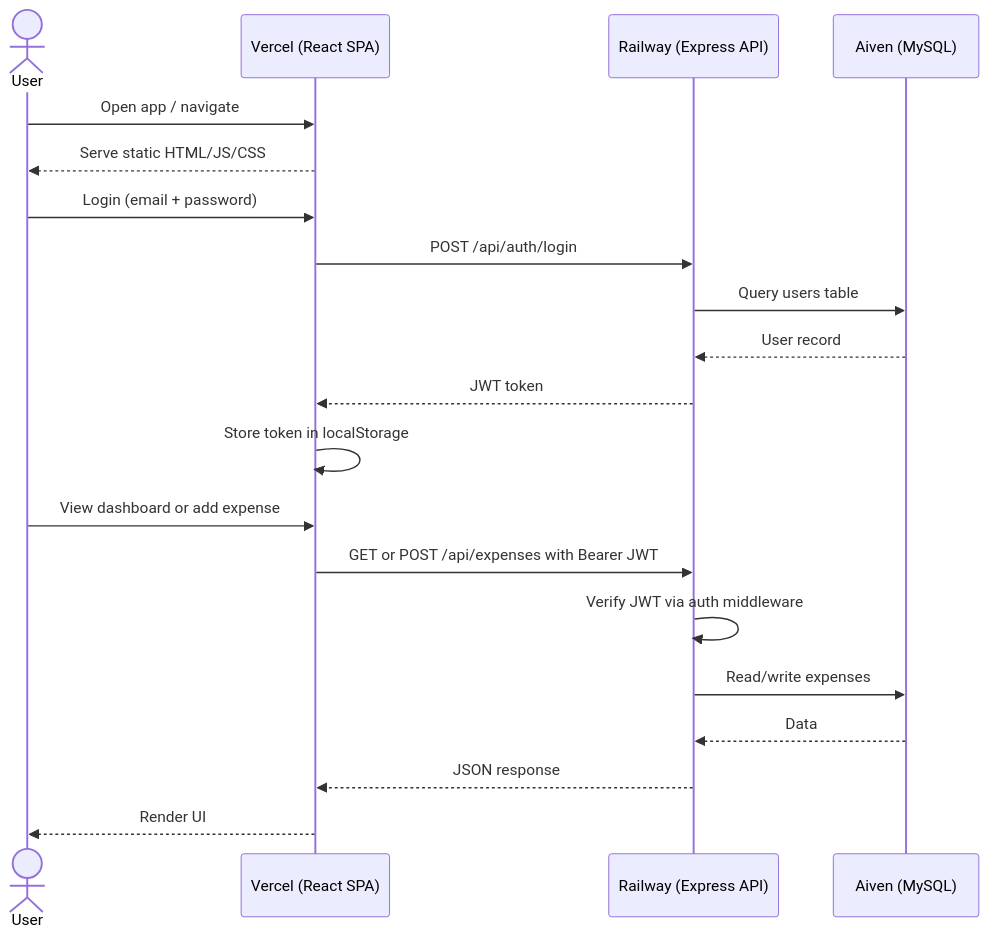
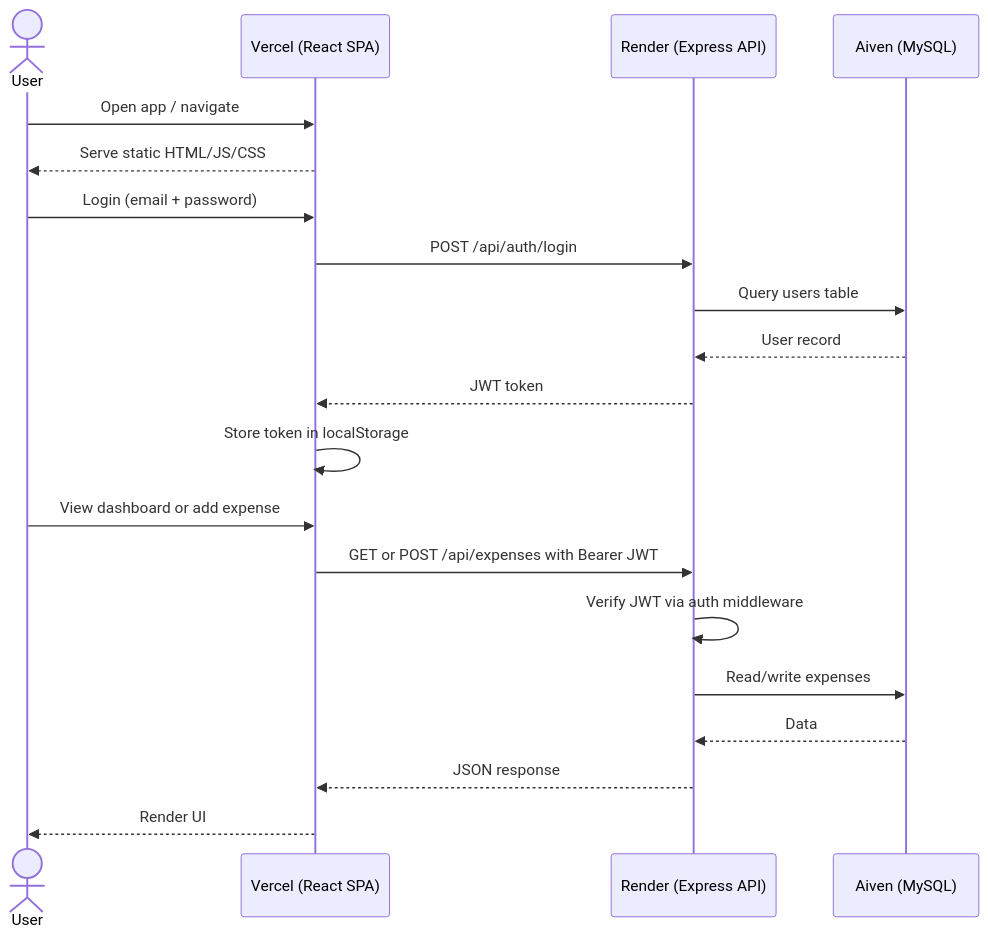
The second of 4 diagrams in docs/deployment/architecture.md (ShamindaKanchana/Expense_tracker), drawn with Mermaid before and after one commit. The commit also changed other lines of this file and 2 other files, not shown here.

First line of the commit message:
docs(sec): sync security/architecture/SRS with prod reality 2026-10-11

````diff
--- a/docs/deployment/architecture.md
+++ b/docs/deployment/architecture.md
@@ -69,25 +71,25 @@
 ```mermaid
 sequenceDiagram
     actor User
     participant Vercel as Vercel (React SPA)
-    participant Railway as Railway (Express API)
+    participant Render as Render (Express API)
     participant Aiven as Aiven (MySQL)
 
     User->>Vercel: Open app / navigate
     Vercel-->>User: Serve static HTML/JS/CSS
 
     User->>Vercel: Login (email + password)
-    Vercel->>Railway: POST /api/auth/login
-    Railway->>Aiven: Query users table
-    Aiven-->>Railway: User record
-    Railway-->>Vercel: JWT token
+    Vercel->>Render: POST /api/auth/login
+    Render->>Aiven: Query users table
+    Aiven-->>Render: User record
+    Render-->>Vercel: JWT token
     Vercel->>Vercel: Store token in localStorage
 
     User->>Vercel: View dashboard or add expense
-    Vercel->>Railway: GET or POST /api/expenses with Bearer JWT
-    Railway->>Railway: Verify JWT via auth middleware
-    Railway->>Aiven: Read/write expenses
-    Aiven-->>Railway: Data
-    Railway-->>Vercel: JSON response
+    Vercel->>Render: GET or POST /api/expenses with Bearer JWT
+    Render->>Render: Verify JWT via auth middleware
+    Render->>Aiven: Read/write expenses
+    Aiven-->>Render: Data
+    Render-->>Vercel: JSON response
     Vercel-->>User: Render UI
 ```
````
